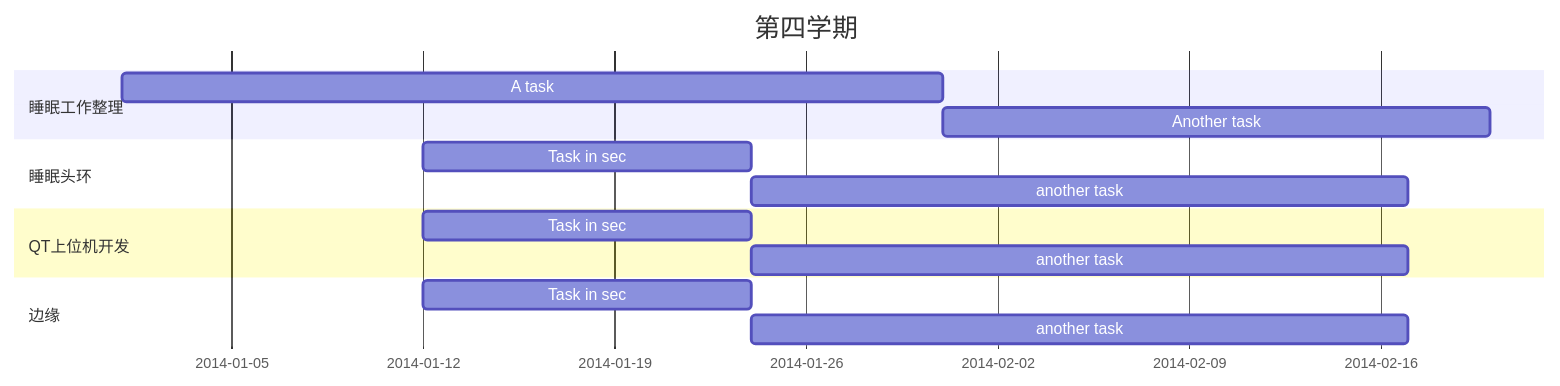
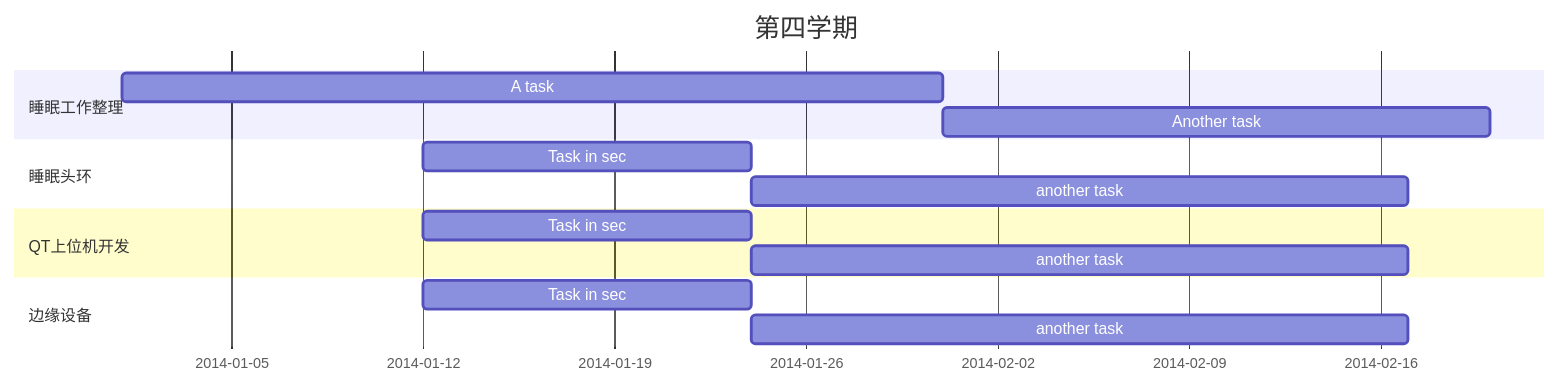
The diagram in all/代码甘特图.md (ChangMY-TJU/iodraw-files), drawn with Mermaid before and after one commit.

Commit message:
2026-03-27 14:35:39 update

````diff
--- a/all/代码甘特图.md
+++ b/all/代码甘特图.md
@@ -1,17 +1,17 @@
 ```mermaid
 gantt
     title 第四学期
     dateFormat  YYYY-MM-DD
     section 睡眠工作整理
     A task           :a1, 2014-01-01, 30d
     Another task     :after a1  , 20d
     section 睡眠头环
     Task in sec      :2014-01-12  , 12d
     another task      : 24d
     section QT上位机开发
     Task in sec      :2014-01-12  , 12d
     another task      : 24d
-    section 边缘
+    section 边缘设备
     Task in sec      :2014-01-12  , 12d
     another task      : 24d
 ```
````
